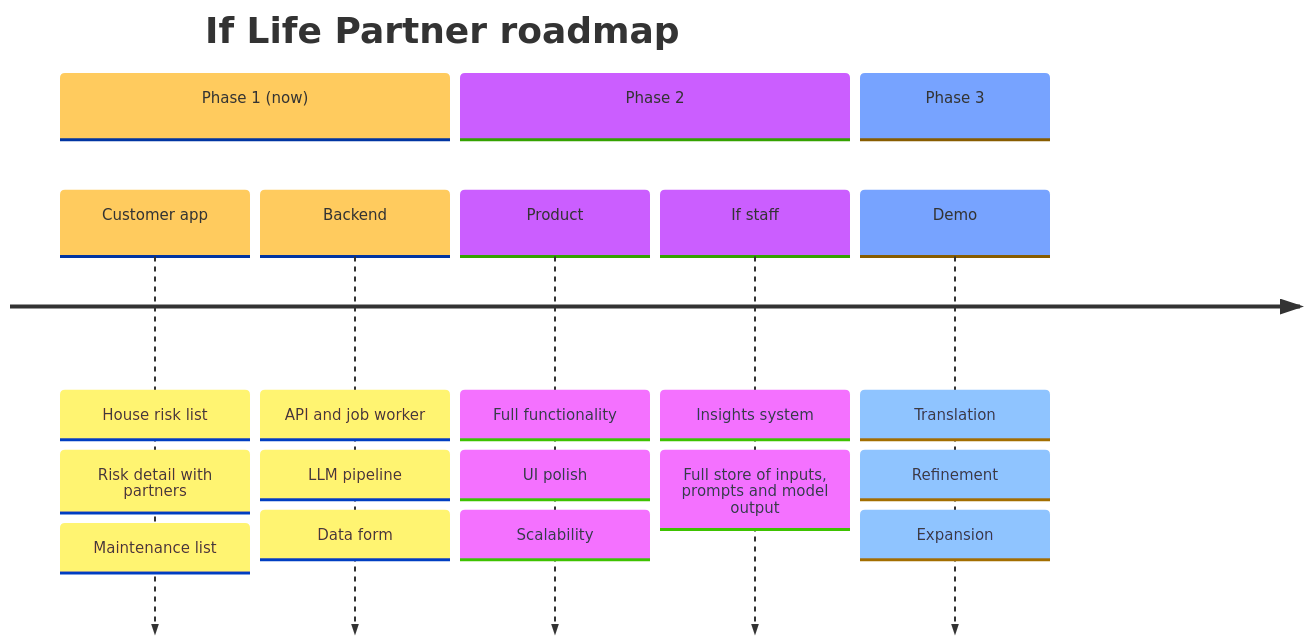
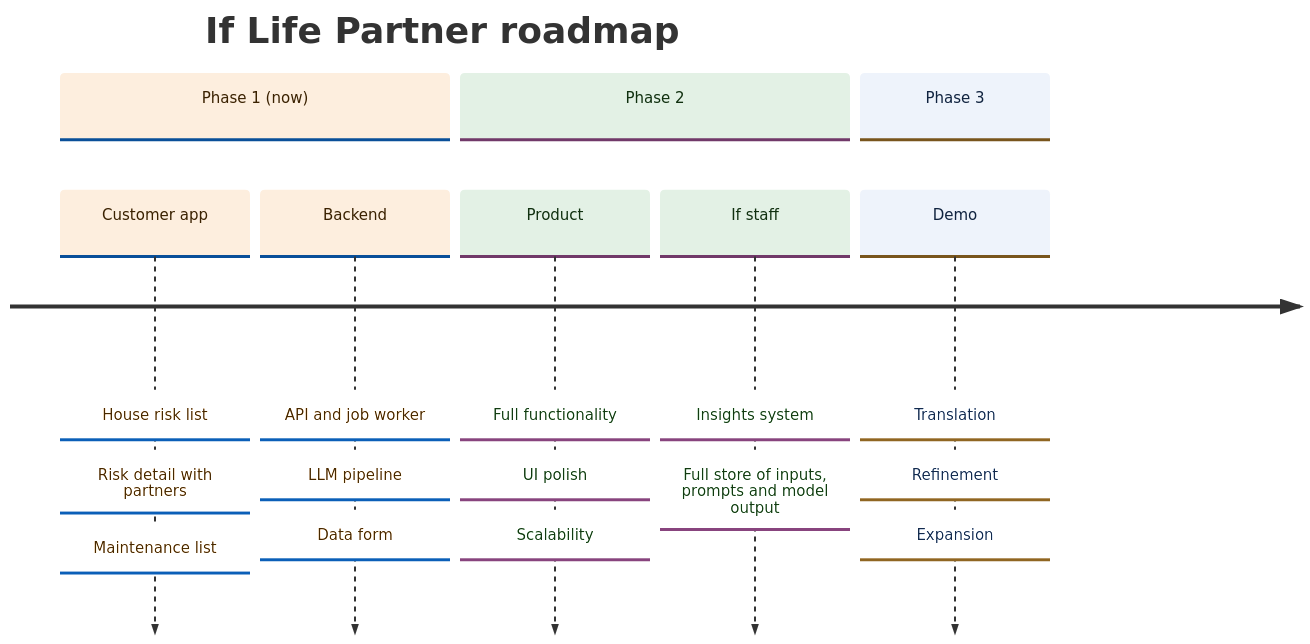
One commit to carbler1/IF-Ensurance changed the diagram in docs/systemdesign/roadmap.mmd. Above: the diagram before and after it, drawn with Mermaid. The commit also changed 5 other files, not shown here.

Commit message:
Update the architecture, roadmap and sequence diagrams

```diff
--- a/docs/systemdesign/roadmap.mmd
+++ b/docs/systemdesign/roadmap.mmd
@@ -1,11 +1,11 @@
-%%{init: {"theme": "base", "themeVariables": {"fontSize": "15px"}}}%%
+%%{init: {"theme": "base", "themeVariables": {"fontSize": "15px", "cScale0": "#fdeede", "cScaleLabel0": "#3a2100", "cScale1": "#e3f1e5", "cScaleLabel1": "#10300f", "cScale2": "#eef3fb", "cScaleLabel2": "#10233f"}}}%%
 timeline
     title If Life Partner roadmap
     section Phase 1 (now)
         Customer app : House risk list : Risk detail with partners : Maintenance list
         Backend : API and job worker : LLM pipeline : Data form
     section Phase 2
         Product : Full functionality : UI polish : Scalability
         If staff : Insights system : Full store of inputs, prompts and model output
     section Phase 3
         Demo : Translation : Refinement : Expansion
```
